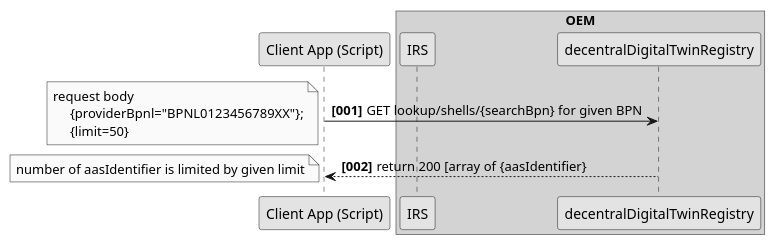
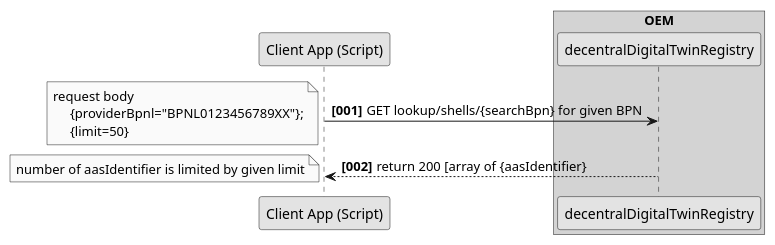
One commit to eclipse-tractusx/item-relationship-service changed the diagram in docs/src/uml-diagrams/irs-recursive/ess-top-down/sequence/1_ess-top-down-sequence-Get_AAS_Assets_by_BPN.puml. Above: the diagram before and after it, drawn with PlantUML. The commit also changed 14 other files, not shown here.

```diff
--- a/docs/src/uml-diagrams/irs-recursive/ess-top-down/sequence/1_ess-top-down-sequence-Get_AAS_Assets_by_BPN.puml
+++ b/docs/src/uml-diagrams/irs-recursive/ess-top-down/sequence/1_ess-top-down-sequence-Get_AAS_Assets_by_BPN.puml
@@ -1,27 +1,26 @@
 @startuml
 skinparam monochrome true
 skinparam shadowing false
 skinparam defaultFontName "Architects daughter"
 
 autonumber "<b>[000]"
 
 participant "Client App (Script)" as Client
 
 box "OEM" #LightGrey
-    participant IRS as IRS
     participant decentralDigitalTwinRegistry as dDTR
 end box
 
     Client -> dDTR :  GET lookup/shells/{searchBpn} for given BPN
     note left
         request body
              {providerBpnl="BPNL0123456789XX"};
              {limit=50}
     end note
 
      Client <-- dDTR: return 200 [array of {aasIdentifier}
      note left
         number of aasIdentifier is limited by given limit
      end note
 
 @enduml
```
